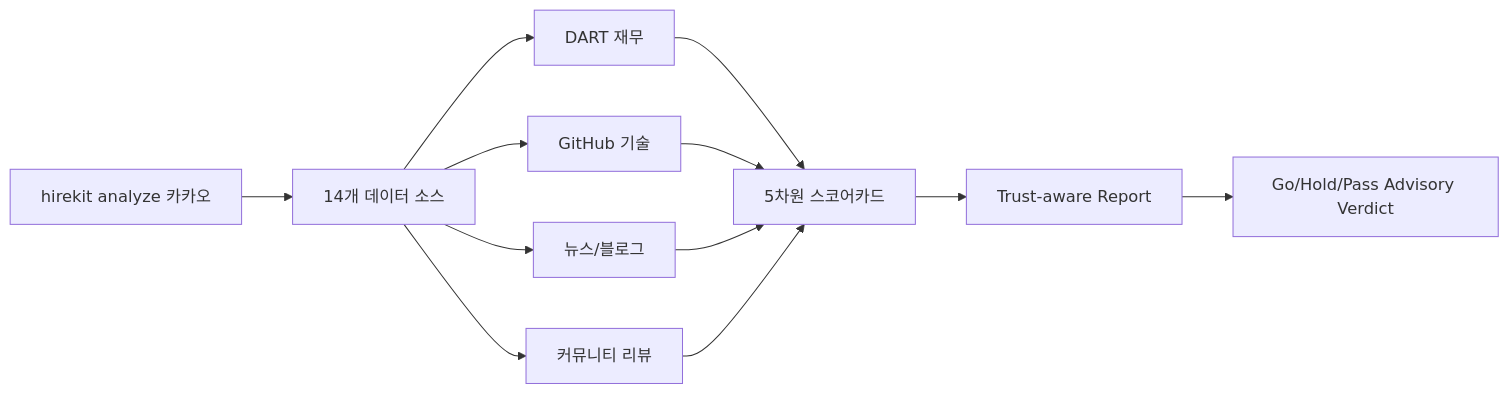
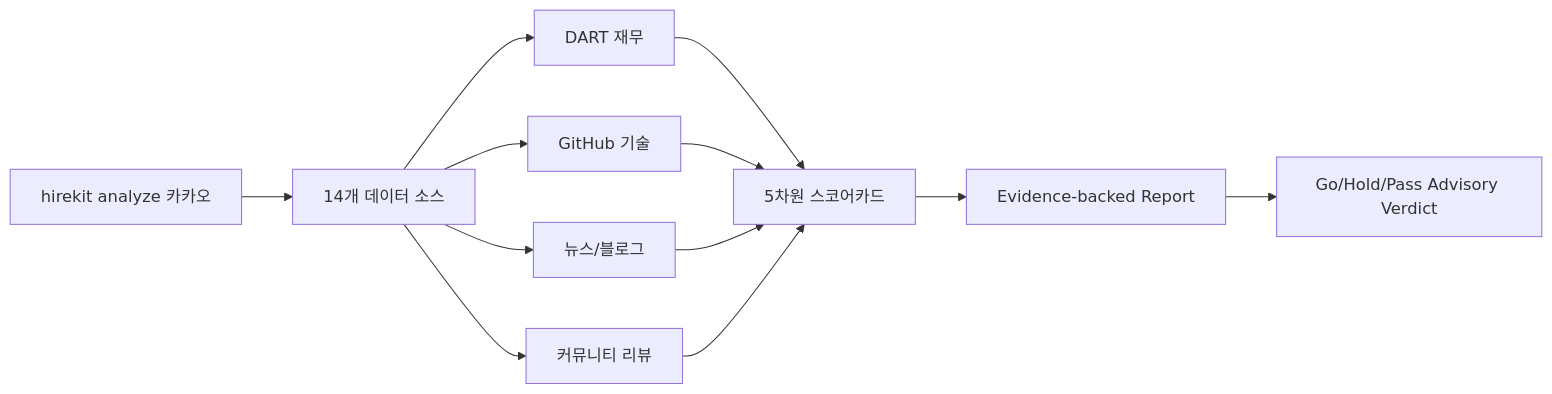
One commit to zihoshin-dev/hirekit changed the first of 2 diagrams in README.md. Above: the diagram before and after it, drawn with Mermaid. The commit also changed other lines of this file and 89 other files, not shown here.

````diff
--- a/README.md
+++ b/README.md
@@ -43,14 +43,14 @@
 ```mermaid
 graph LR
     A[hirekit analyze 카카오] --> B[14개 데이터 소스]
     B --> C1[DART 재무]
     B --> C2[GitHub 기술]
     B --> C3[뉴스/블로그]
     B --> C4[커뮤니티 리뷰]
     C1 --> D[5차원 스코어카드]
     C2 --> D
     C3 --> D
     C4 --> D
-    D --> E[Trust-aware Report]
+    D --> E[Evidence-backed Report]
     E --> F[Go/Hold/Pass Advisory Verdict]
 ```
````
